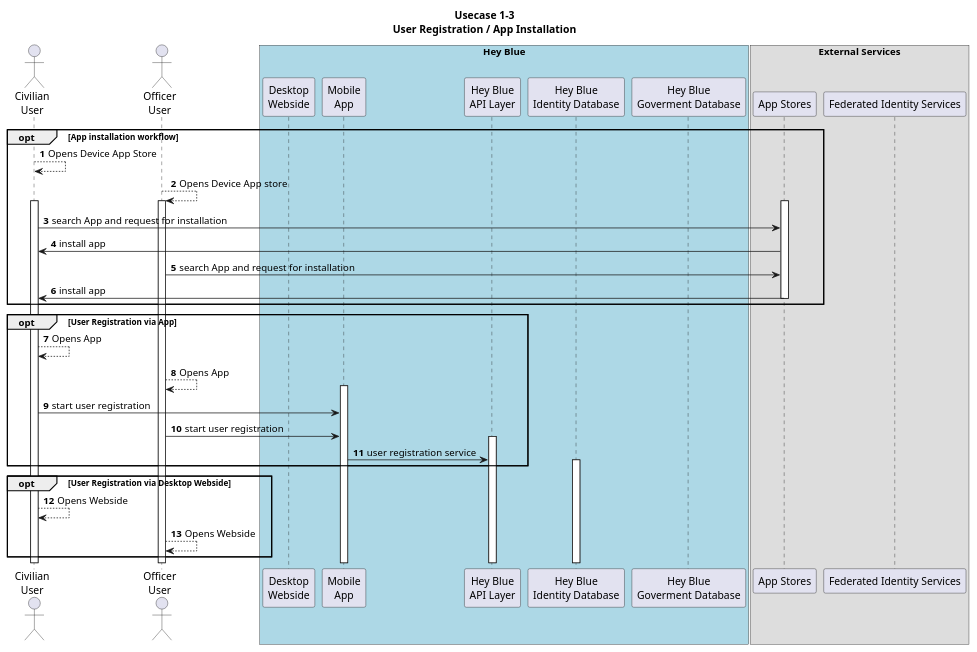
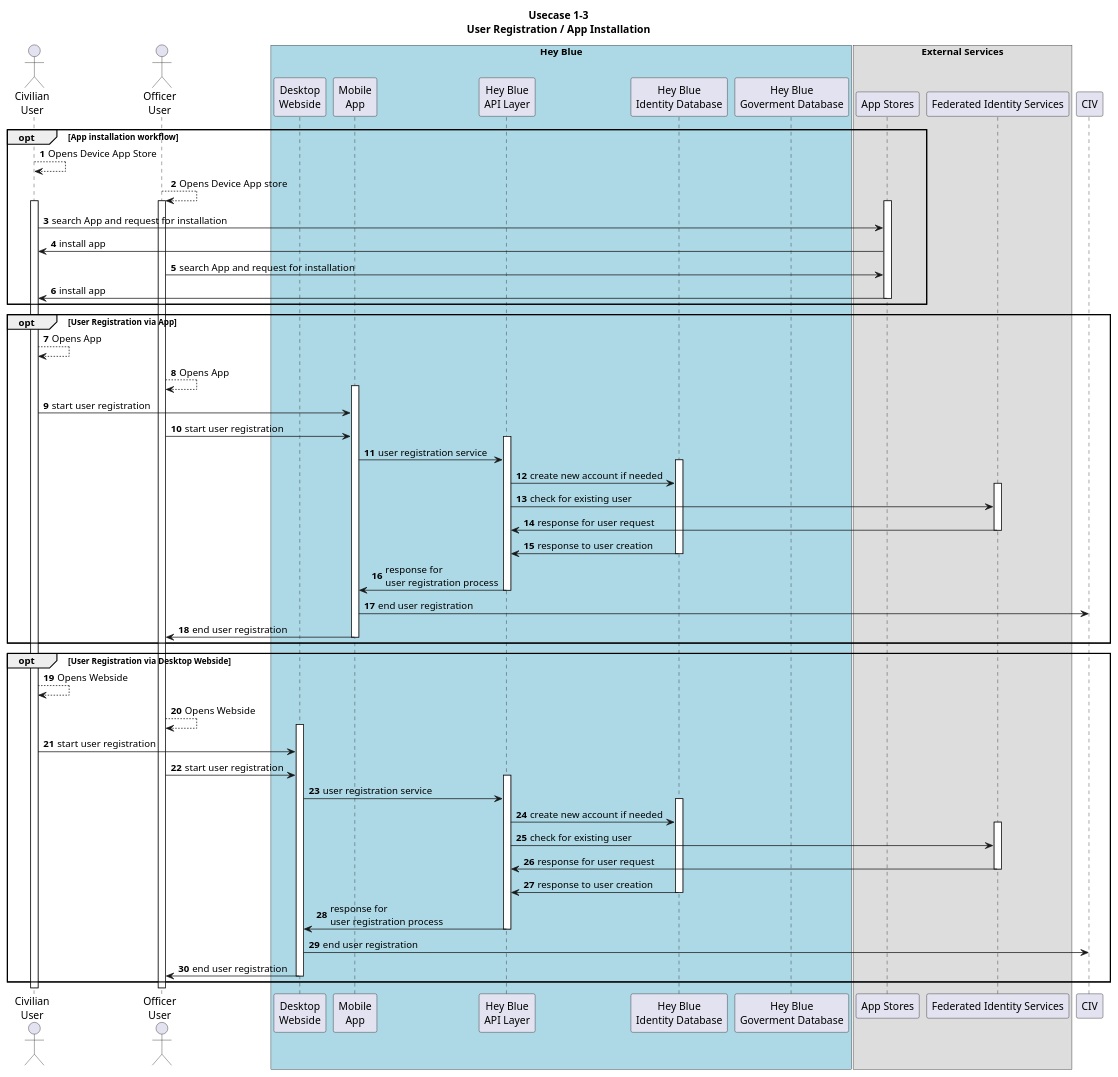
The diagram in WiP/Usecases/1-3/1-3.puml (MinniMieze/HeyBlue), drawn with PlantUML before and after one commit.

```diff
--- a/WiP/Usecases/1-3/1-3.puml
+++ b/WiP/Usecases/1-3/1-3.puml
@@ -1,68 +1,99 @@
 @startuml  App Installation & User Registration
 
 title
 Usecase 1-3
 User Registration / App Installation
 end title
 
 autonumber
 
 actor Civ as "Civilian\nUser"
 actor Off as "Officer\nUser"
 
 box "Hey Blue" #Lightblue
     participant Desktop as "Desktop\nWebside"
     participant Mobile as "Mobile\nApp"
 
     participant API_Layer as "Hey Blue\nAPI Layer"
 
     participant ID_DB as "Hey Blue\nIdentity Database"
     participant GOV_DB as "Hey Blue\nGoverment Database"
 end box
 
 box "External Services" 
     participant Appstore as "App Stores"
     participant FIS as "Federated Identity Services"
 end box
 
 '##### App Installation
 
 opt App installation workflow
 Civ --> Civ : Opens Device App Store
 Off --> Off : Opens Device App store
  activate Civ
  activate Off
     activate Appstore
     Civ -> Appstore : search App and request for installation
     Appstore -> Civ : install app
     Off -> Appstore : search App and request for installation
     Appstore -> Civ : install app
     deactivate Appstore 
 end
 
 
 '###### User Registration
 
 opt User Registration via App
 Civ --> Civ : Opens App
 Off --> Off : Opens App
-activate Mobile
-Civ -> Mobile : start user registration
-Off -> Mobile : start user registration
-activate API_Layer 
-Mobile -> API_Layer : user registration service
-activate ID_DB
+    activate Mobile
+    Civ -> Mobile : start user registration
+    Off -> Mobile : start user registration
+        activate API_Layer 
+        Mobile -> API_Layer : user registration service
+            activate ID_DB
+            API_Layer -> ID_DB : create new account if needed
+                activate FIS
+                API_Layer -> FIS : check for existing user
+                FIS -> API_Layer : response for user request
+                deactivate FIS
+            ID_DB -> API_Layer : response to user creation
+            deactivate ID_DB
+        API_Layer -> Mobile : response for \nuser registration process
+        deactivate API_Layer
+    Mobile -> CIV : end user registration
+    Mobile -> Off : end user registration
+    deactivate Mobile
 end
 
 
 opt User Registration via Desktop Webside
 Civ --> Civ : Opens Webside
 Off --> Off : Opens Webside
+   activate Desktop
+    Civ -> Desktop : start user registration
+    Off -> Desktop : start user registration
+        activate API_Layer 
+        Desktop -> API_Layer : user registration service
+            activate ID_DB
+            API_Layer -> ID_DB : create new account if needed
+                activate FIS
+                API_Layer -> FIS : check for existing user
+                FIS -> API_Layer : response for user request
+                deactivate FIS
+            ID_DB -> API_Layer : response to user creation
+            deactivate ID_DB
+        API_Layer -> Desktop : response for \nuser registration process
+        deactivate API_Layer
+    Desktop -> CIV : end user registration
+    Desktop -> Off : end user registration
+    deactivate Desktop
+end
 
-end
 
 
 '###### missing
 ' Fill the gov DB or manual check via Admin GUI
+' Check Gov User against Gov DB
 
 @enduml 
```
